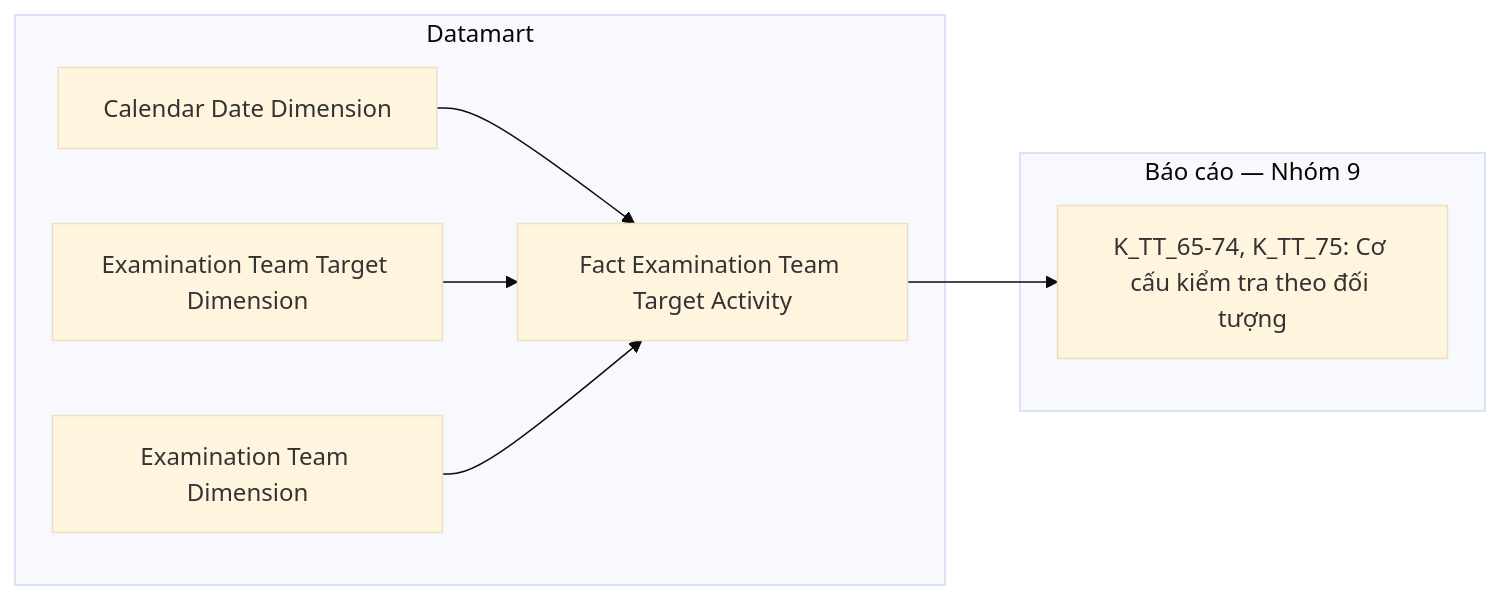
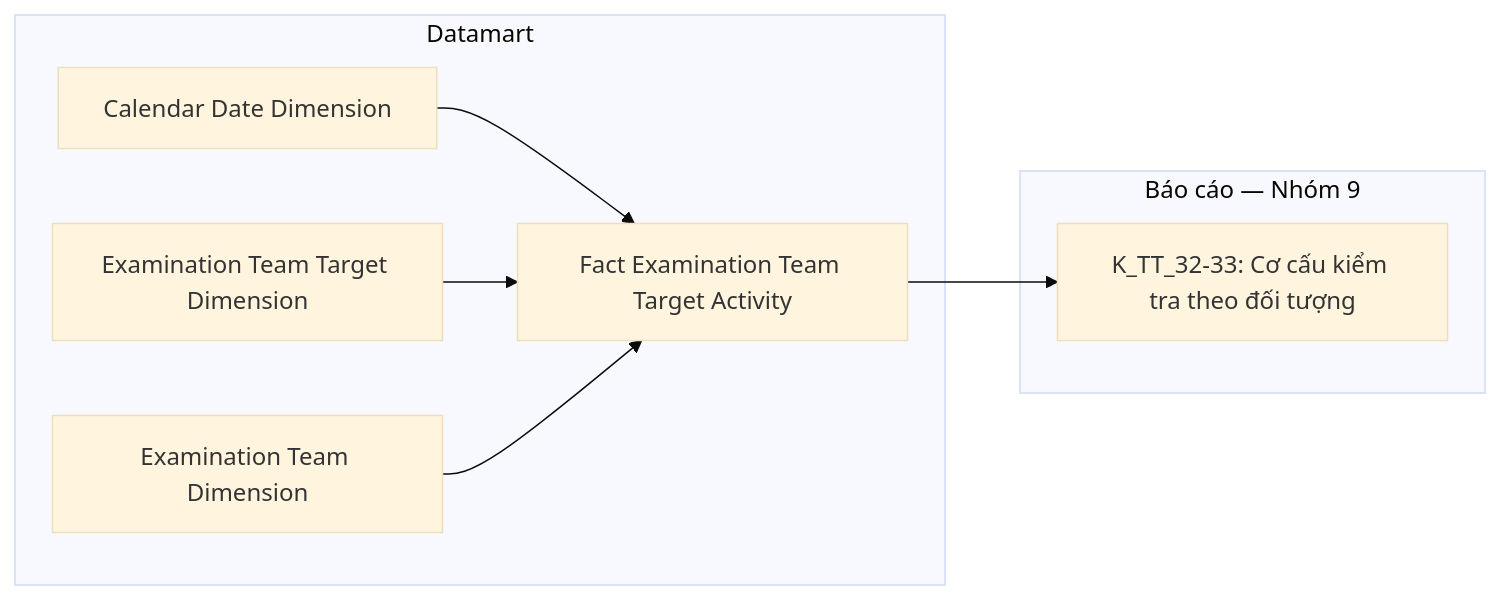
One commit to linhlvit/ubck_atomic_design changed diagram 30 of 50 in Datamart/hld/DTM_TT_HLD.md. Above: the diagram before and after it, drawn with Mermaid (base theme). The commit also changed other lines of this file and 8 other files, not shown here.

````diff
--- a/Datamart/hld/DTM_TT_HLD.md
+++ b/Datamart/hld/DTM_TT_HLD.md
@@ -1112,16 +1079,16 @@
 ```mermaid
 flowchart LR
     subgraph Datamart["Datamart"]
         G1["Fact Examination Team Target Activity"]
         G2["Calendar Date Dimension"]
         G3["Examination Team Target Dimension"]
         G4["Examination Team Dimension"]
     end
     subgraph RPT["Báo cáo — Nhóm 9"]
-        R1["K_TT_65-74, K_TT_75: Cơ cấu kiểm tra theo đối tượng"]
+        R1["K_TT_32-33: Cơ cấu kiểm tra theo đối tượng"]
     end
     G2 --> G1
     G3 --> G1
     G4 --> G1
     G1 --> R1
 ```
````
